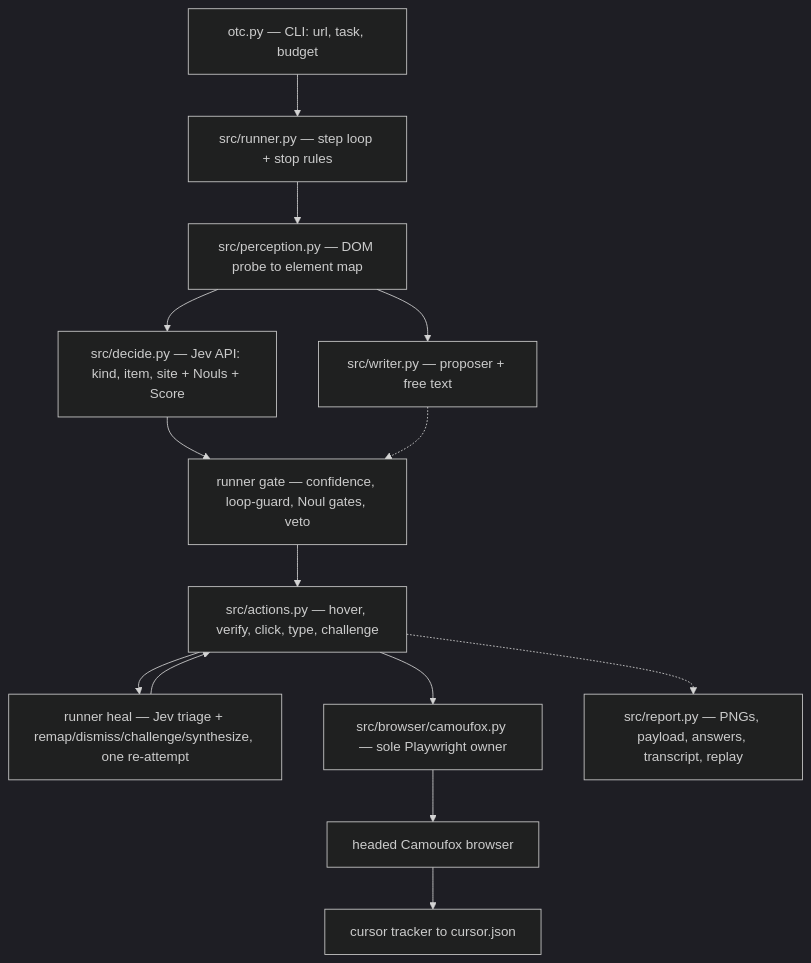
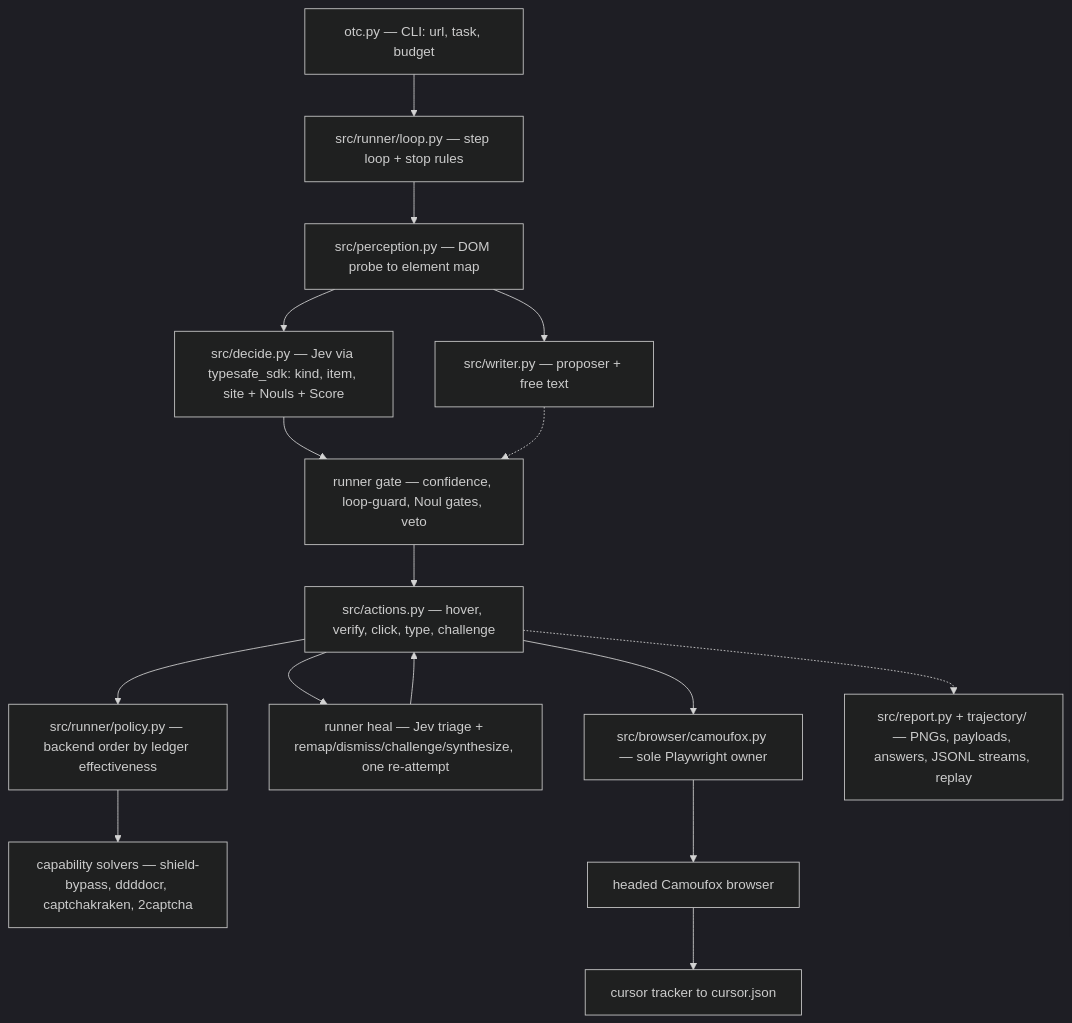
The first of 2 diagrams in README.md (PRACE1/open-typesafe-camoufox), drawn with Mermaid (dark theme) before and after one commit. The commit also changed other lines of this file and 64 other files, not shown here.

````diff
--- a/README.md
+++ b/README.md
@@ -112,28 +147,32 @@
 ```mermaid
 flowchart TB
     CLI["otc.py — CLI: url, task, budget"]
-    RUNNER["src/runner.py — step loop + stop rules"]
+    RUNNER["src/runner/loop.py — step loop + stop rules"]
     PERC["src/perception.py — DOM probe to element map"]
-    DECIDE["src/decide.py — Jev API: kind, item, site + Nouls + Score"]
+    DECIDE["src/decide.py — Jev via typesafe_sdk: kind, item, site + Nouls + Score"]
     WRITER["src/writer.py — proposer + free text"]
     GATE["runner gate — confidence, loop-guard, Noul gates, veto"]
     ACT["src/actions.py — hover, verify, click, type, challenge"]
+    POLICY["src/runner/policy.py — backend order by ledger effectiveness"]
+    SOLVERS["capability solvers — shield-bypass, ddddocr, captchakraken, 2captcha"]
     HEAL["runner heal — Jev triage + remap/dismiss/challenge/synthesize, one re-attempt"]
     PLAT["src/browser/camoufox.py — sole Playwright owner"]
     FOX["headed Camoufox browser"]
     TRACK["cursor tracker to cursor.json"]
-    REP["src/report.py — PNGs, payload, answers, transcript, replay"]
+    REP["src/report.py + trajectory/ — PNGs, payloads, answers, JSONL streams, replay"]
     CLI --> RUNNER
     RUNNER --> PERC
     PERC --> DECIDE
     PERC --> WRITER
     DECIDE --> GATE
     WRITER -.-> GATE
     GATE --> ACT
+    ACT --> POLICY
+    POLICY --> SOLVERS
     ACT --> HEAL
     HEAL --> ACT
     ACT --> PLAT
     PLAT --> FOX
     FOX --> TRACK
     ACT -.-> REP
 ```
````
